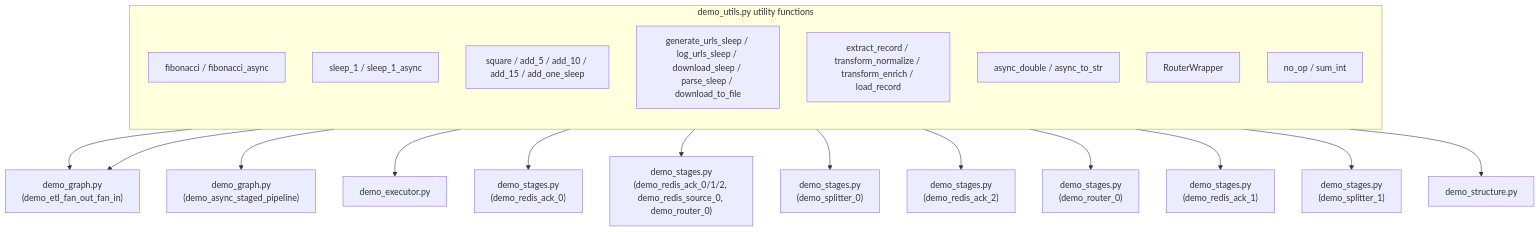
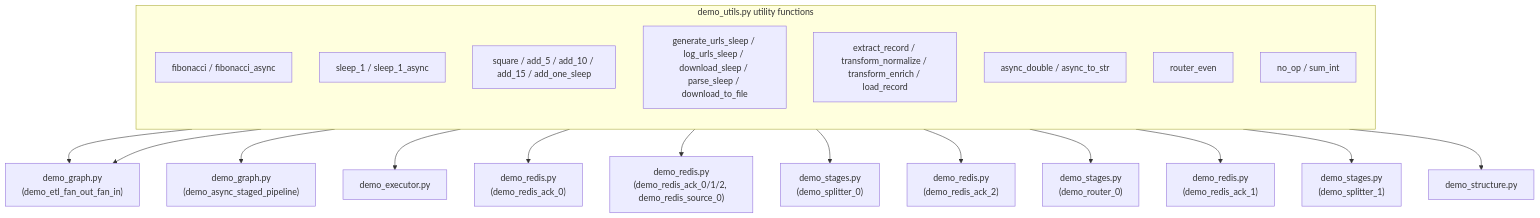
Before and after one commit to Mr-xiaotian/CelestialFlow: the diagram in docs/en/demo/demo_utils.md, drawn with Mermaid. The commit also changed other lines of this file and 168 other files, not shown here.

````diff
--- a/docs/en/demo/demo_utils.md
+++ b/docs/en/demo/demo_utils.md
@@ -13,27 +13,27 @@
 ```mermaid
 flowchart TD
     subgraph Utils["demo_utils.py utility functions"]
         direction TB
         Fib["fibonacci / fibonacci_async"]
         Sleep1["sleep_1 / sleep_1_async"]
         Compute["square / add_5 / add_10 / add_15 / add_one_sleep"]
         Url["generate_urls_sleep / log_urls_sleep / download_sleep / parse_sleep / download_to_file"]
         ETL["extract_record / transform_normalize / transform_enrich / load_record"]
         Async["async_double / async_to_str"]
-        Router["RouterWrapper"]
+        Router["router_even"]
         Misc["no_op / sum_int"]
     end
 
     ETL --> Graph["demo_graph.py<br/>(demo_etl_fan_out_fan_in)"]
     Async --> Graph
     Async --> GraphAsync["demo_graph.py<br/>(demo_async_staged_pipeline)"]
     Fib --> Executor["demo_executor.py"]
-    Fib --> StagesRedis0["demo_stages.py<br/>(demo_redis_ack_0)"]
-    Sleep1 --> StagesRedis["demo_stages.py<br/>(demo_redis_ack_0/1/2, demo_redis_source_0, demo_router_0)"]
+    Fib --> Redis0["demo_redis.py<br/>(demo_redis_ack_0)"]
+    Sleep1 --> RedisDemo["demo_redis.py<br/>(demo_redis_ack_0/1/2, demo_redis_source_0)"]
     Url --> StagesSplitter0["demo_stages.py<br/>(demo_splitter_0)"]
-    Url --> StagesRedis2["demo_stages.py<br/>(demo_redis_ack_2)"]
+    Url --> Redis2["demo_redis.py<br/>(demo_redis_ack_2)"]
     Router --> StagesRouter0["demo_stages.py<br/>(demo_router_0)"]
-    Misc --> StagesRedis1["demo_stages.py<br/>(demo_redis_ack_1)"]
+    Misc --> Redis1["demo_redis.py<br/>(demo_redis_ack_1)"]
     Misc --> StagesSplitter1["demo_stages.py<br/>(demo_splitter_1)"]
     Compute --> Structure["demo_structure.py"]
 ```
````
